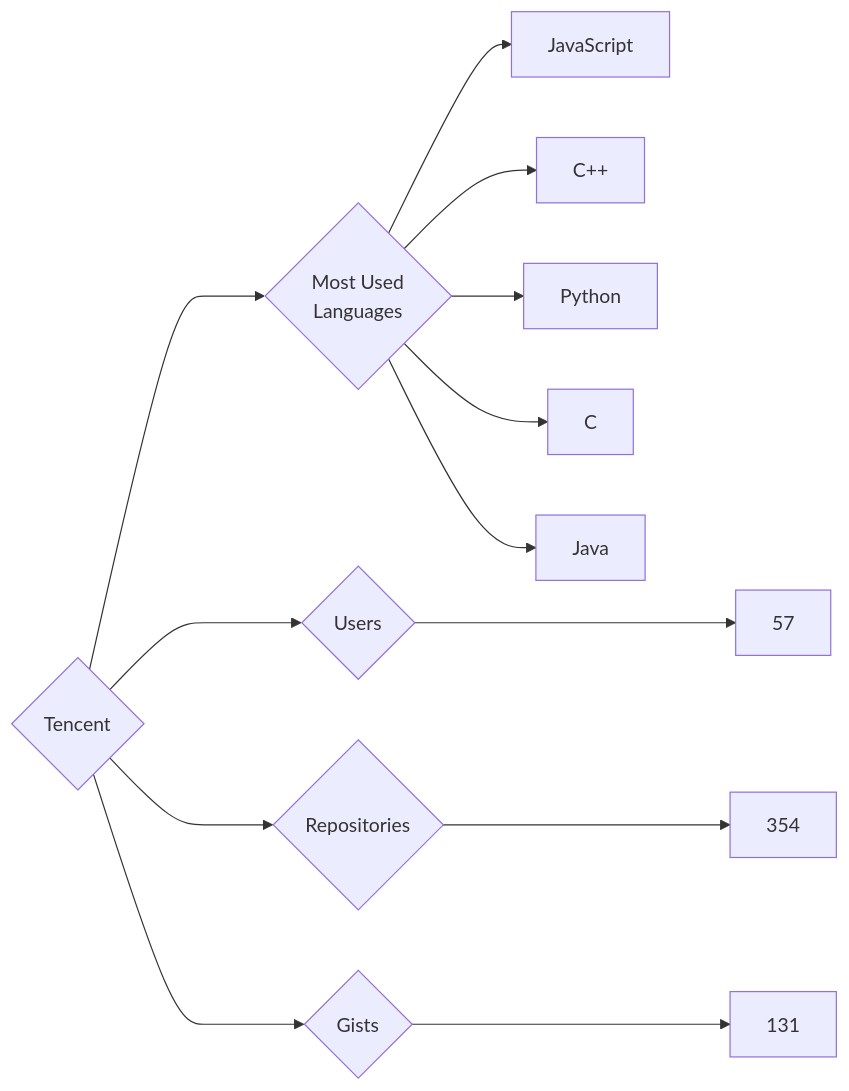
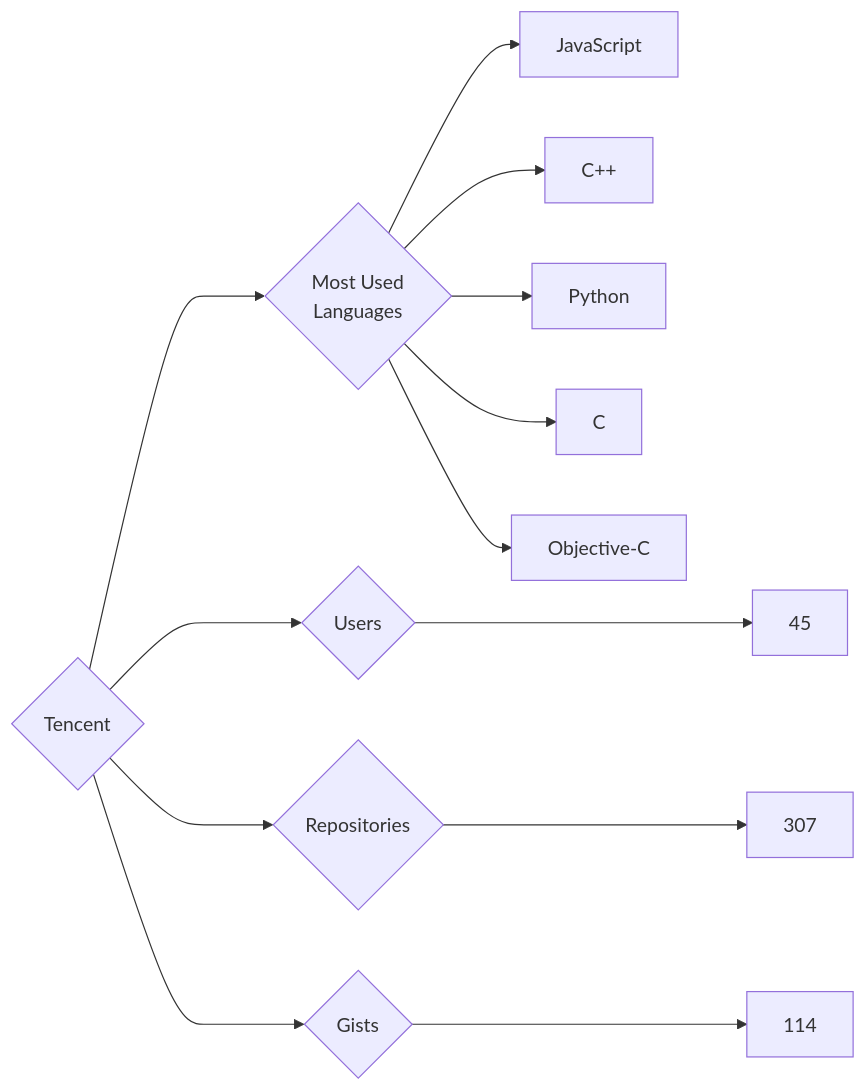
The diagram in targets/Tencent/README.md (trickest/insiders), drawn with Mermaid before and after one commit. The commit also changed 787 other files, not shown here.

````diff
--- a/targets/Tencent/README.md
+++ b/targets/Tencent/README.md
@@ -3,13 +3,13 @@
 ```mermaid
 graph LR
 COMPANY_NAME{Tencent}
-COMPANY_NAME ---> U{Users} ---> UN[57]
-COMPANY_NAME ---> R{Repositories} ---> RN[354]
-COMPANY_NAME ---> G{Gists} ---> GN[131]
+COMPANY_NAME ---> U{Users} ---> UN[45]
+COMPANY_NAME ---> R{Repositories} ---> RN[307]
+COMPANY_NAME ---> G{Gists} ---> GN[114]
 COMPANY_NAME ---> ML{Most Used<br>Languages}
 ML --> JavaScript[JavaScript]
 ML --> C++[C++]
 ML --> Python[Python]
 ML --> C[C]
-ML --> Java[Java]
+ML --> Objective-C[Objective-C]
 ```
````
